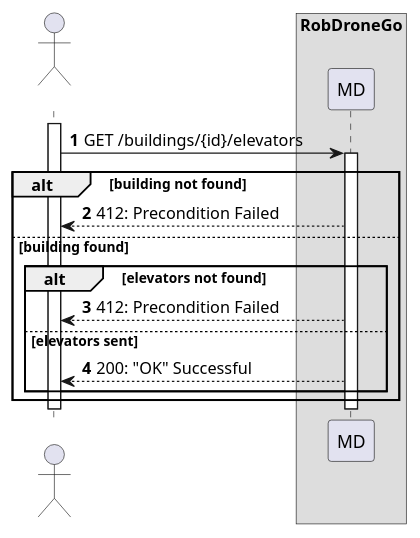
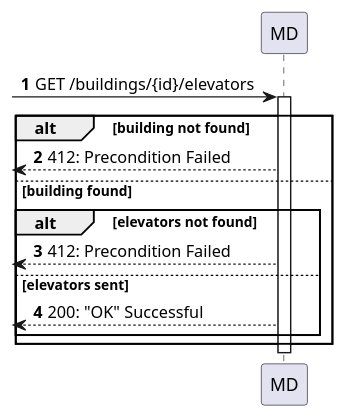
Before and after one commit to Departamento-de-Engenharia-Informatica/lapr5-23-24-g19: the diagram in docs/us290/level2/process-view.puml, drawn with PlantUML. The commit also changed 5 other files, not shown here.

```diff
--- a/docs/us290/level2/process-view.puml
+++ b/docs/us290/level2/process-view.puml
@@ -1,29 +1,25 @@
 @startuml
 autonumber
 
-actor " " as actor
-box "RobDroneGo"
 participant "MD" as mdr
-
-activate actor
 
 
 
-        actor-> mdr: GET /buildings/{id}/elevators
+
+        [-> mdr: GET /buildings/{id}/elevators
         activate mdr
             alt building not found
-                    mdr --> actor : 412: Precondition Failed
+                    [<-- mdr : 412: Precondition Failed
             else building found
                 alt elevators not found
-                    actor <-- mdr : 412: Precondition Failed
+                    [<-- mdr : 412: Precondition Failed
                 else elevators sent
-                    actor <-- mdr : 200: "OK" Successful
+                    [<-- mdr : 200: "OK" Successful
                 end
             end
             deactivate mdr
 
     deactivate mdr
-deactivate actor
 
 
 @enduml
```
